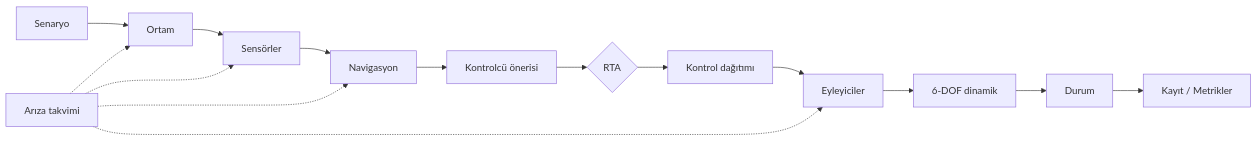
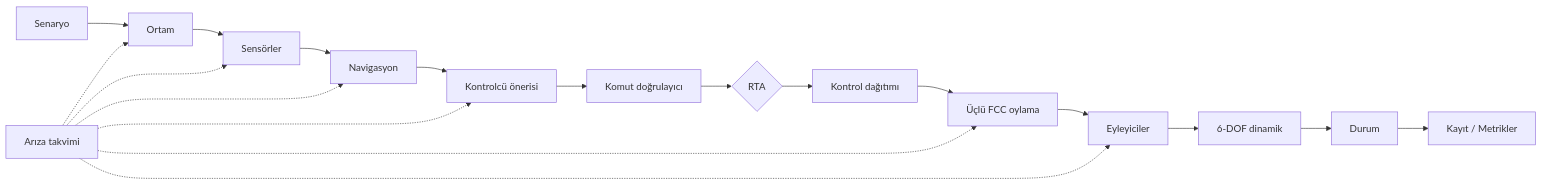
The second of 2 diagrams in README.md (burkiuze/iha), drawn with Mermaid before and after one commit. The commit also changed other lines of this file and 48 other files, not shown here.

````diff
--- a/README.md
+++ b/README.md
@@ -82,7 +85,7 @@
 ```mermaid
 flowchart LR
   S[Senaryo] --> E[Ortam] --> SN[Sensörler] --> N[Navigasyon] --> P[Kontrolcü önerisi]
-  P --> R{RTA} --> A[Kontrol dağıtımı] --> AC[Eyleyiciler] --> D[6-DOF dinamik]
+  P --> CV[Komut doğrulayıcı] --> R{RTA} --> A[Kontrol dağıtımı] --> T[Üçlü FCC oylama] --> AC[Eyleyiciler] --> D[6-DOF dinamik]
   D --> ST[Durum] --> L[Kayıt / Metrikler]
-  F[Arıza takvimi] -.-> E & SN & AC & N
+  F[Arıza takvimi] -.-> E & SN & AC & N & T & P
 ```
````
